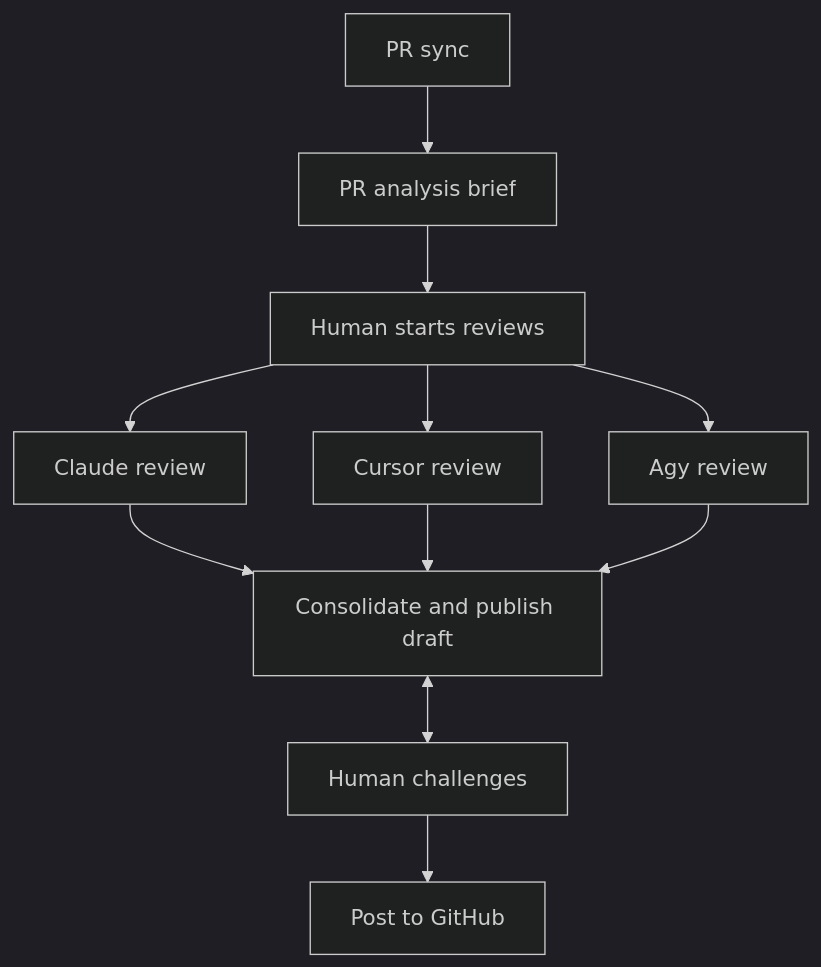
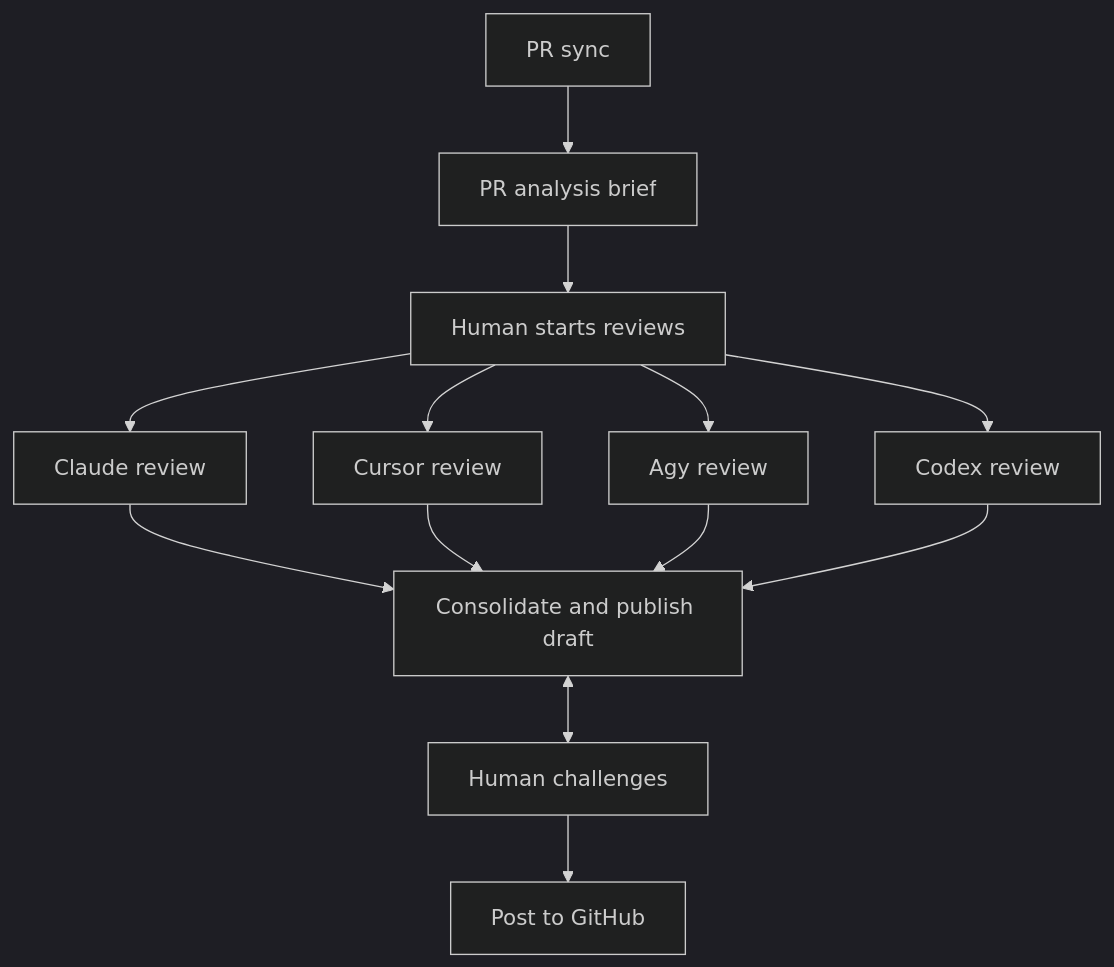
Before and after one commit to israel-segundo/lazyreview: the first of 3 diagrams in README.md, drawn with Mermaid (dark theme). The commit also changed other lines of this file and 21 other files, not shown here.

First line of the commit message:
Add Codex as a fourth review agent.

````diff
--- a/README.md
+++ b/README.md
@@ -19,13 +19,15 @@
 ```mermaid
 flowchart TD
   sync[PR sync] --> analysis[PR analysis brief]
   analysis --> order[Human starts reviews]
   order --> r1[Claude review]
   order --> r2[Cursor review]
   order --> r3[Agy review]
+  order --> r4[Codex review]
   r1 --> consol[Consolidate and publish draft]
   r2 --> consol
   r3 --> consol
+  r4 --> consol
   consol <--> challenge[Human challenges]
   challenge --> github[Post to GitHub]
 ```
````
